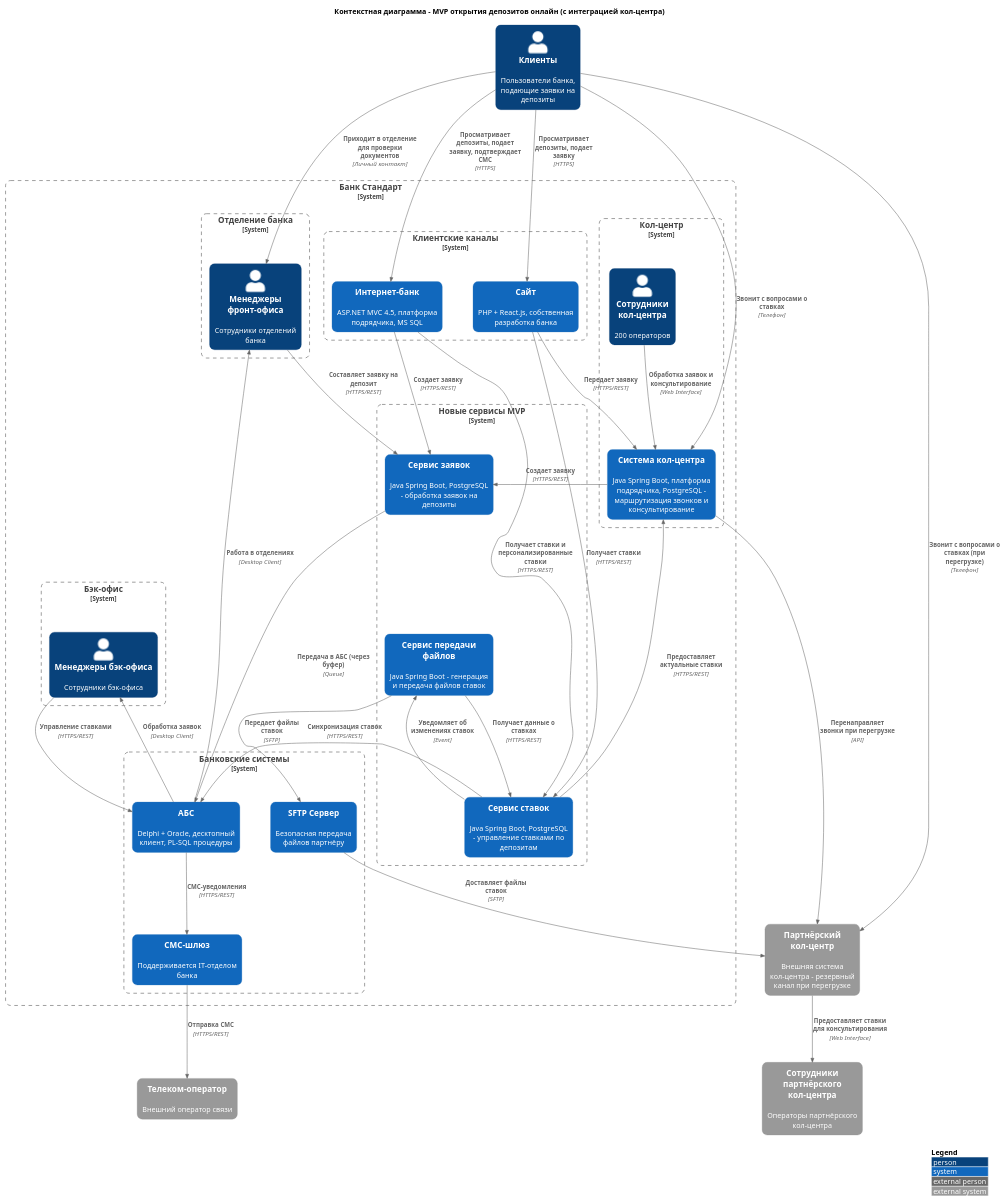
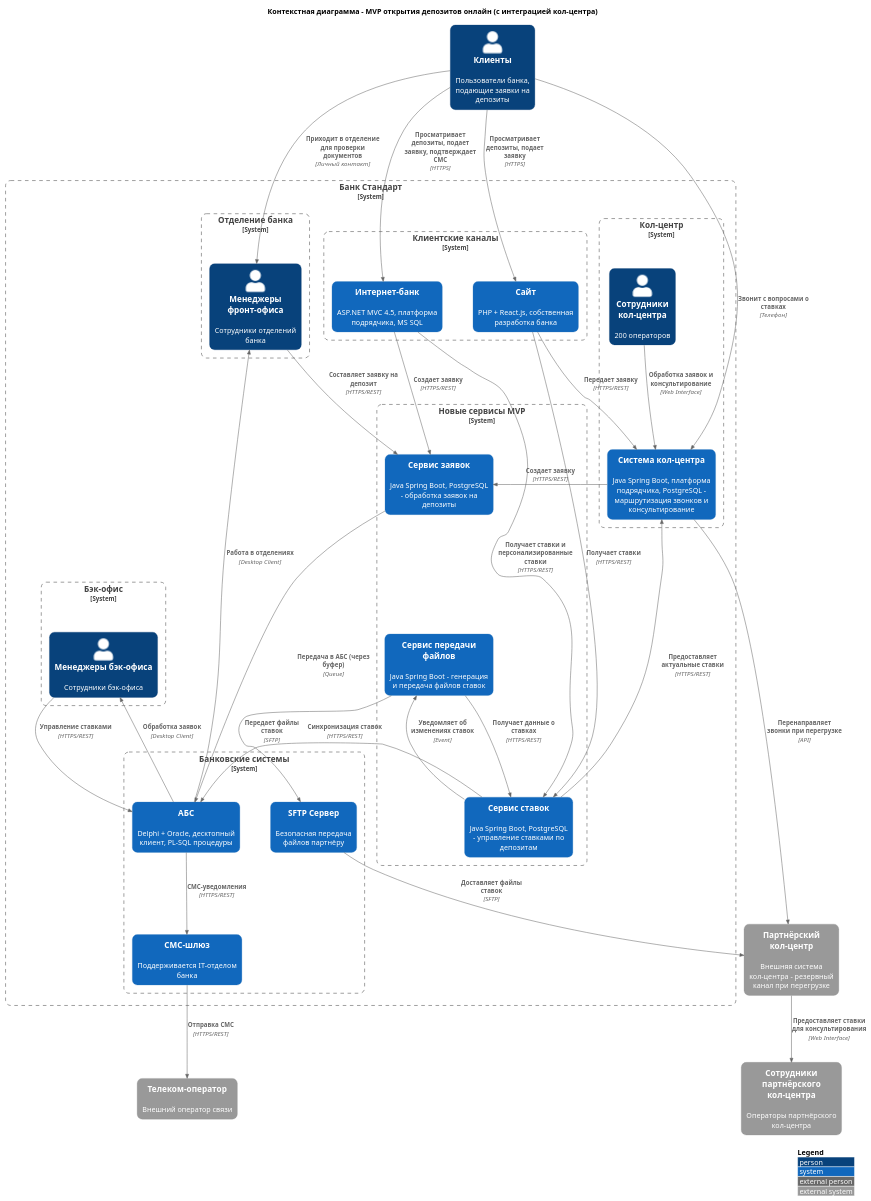
The diagram in Task4/C4_Context_Diagram_кол_центр.puml (ai-rogachev/architecture-standart), drawn with PlantUML before and after one commit. The commit also changed 1 other file, not shown here.

Commit message:
Task 4: fix diagrams

```diff
--- a/Task4/C4_Context_Diagram_кол_центр.puml
+++ b/Task4/C4_Context_Diagram_кол_центр.puml
@@ -1,101 +1,99 @@
 @startuml C4_Context
 !include https://raw.githubusercontent.com/plantuml-stdlib/C4-PlantUML/master/C4_Context.puml
 
 LAYOUT_WITH_LEGEND()
 
 title Контекстная диаграмма - MVP открытия депозитов онлайн (с интеграцией кол-центра)
 ' Layout improvements
 skinparam componentStyle rectangle
 skinparam roundcorner 20
 skinparam nodesep 60
 skinparam ranksep 80
-' skinparam linetype ortho
 
 Person(clients, "Клиенты", "Пользователи банка, подающие заявки на депозиты")
 
 System_Boundary(bank, "Банк Стандарт") {
     System_Boundary(client_channels, "Клиентские каналы") {
         System(internet_bank, "Интернет-банк", "ASP.NET MVC 4.5, платформа подрядчика, MS SQL")
         System(site, "Сайт", "PHP + React.js, собственная разработка банка")
     }
 
     System_Boundary(new_services, "Новые сервисы MVP") {
         System(application_service, "Сервис заявок", "Java Spring Boot, PostgreSQL - обработка заявок на депозиты")
         System(rate_service, "Сервис ставок", "Java Spring Boot, PostgreSQL - управление ставками по депозитам")
         System(file_transfer_service, "Сервис передачи файлов", "Java Spring Boot - генерация и передача файлов ставок")
     }
 
     System_Boundary(banking_systems, "Банковские системы") {
         System(sms_gateway, "СМС-шлюз", "Поддерживается IT-отделом банка")
         System(abs, "АБС", "Delphi + Oracle, десктопный клиент, PL-SQL процедуры")
         System(sftp_server, "SFTP Сервер", "Безопасная передача файлов партнёру")
     }
 
     System_Boundary(office, "Отделение банка") {
         Person(front_office_managers, "Менеджеры фронт-офиса", "Сотрудники отделений банка")
     }
     
     System_Boundary(back_office, "Бэк-офис") {
         Person(back_office_managers, "Менеджеры бэк-офиса", "Сотрудники бэк-офиса")
     }
 
     System_Boundary(call_center, "Кол-центр") {
         Person(cc_operators, "Сотрудники кол-центра", "200 операторов")
         System(cc_system, "Система кол-центра", "Java Spring Boot, платформа подрядчика, PostgreSQL - маршрутизация звонков и консультирование")
     }
 }
 
 System_Ext(telecom_operator, "Телеком-оператор", "Внешний оператор связи")
 System_Ext(partner_cc, "Партнёрский кол-центр", "Внешняя система кол-центра - резервный канал при перегрузке")
 System_Ext(partner_cc_operators, "Сотрудники партнёрского кол-центра", "Операторы партнёрского кол-центра")
 
 ' === РАСПОЛОЖЕНИЕ ОБЪЕКТОВ ===
 Lay_R(clients, site)
 Lay_R(site, internet_bank)
 Lay_D(rate_service, application_service)
 Lay_D(application_service, file_transfer_service)
 Lay_R(cc_system, partner_cc)
 
 ' === КЛИЕНТСКИЕ ВЗАИМОДЕЙСТВИЯ ===
 Rel(clients, site, "Просматривает депозиты, подает заявку", "HTTPS")
 Rel(clients, internet_bank, "Просматривает депозиты, подает заявку, подтверждает СМС", "HTTPS")
 Rel(clients, front_office_managers, "Приходит в отделение для проверки документов", "Личный контакт")
 Rel(clients, cc_system, "Звонит с вопросами о ставках", "Телефон")
-Rel(clients, partner_cc, "Звонит с вопросами о ставках (при перегрузке)", "Телефон")
 
 ' === ИНТЕГРАЦИИ КЛИЕНТСКИХ КАНАЛОВ ===
 Rel(site, rate_service, "Получает ставки", "HTTPS/REST")
 Rel(site, cc_system, "Передает заявку", "HTTPS/REST")
 Rel(internet_bank, rate_service, "Получает ставки и персонализированные ставки", "HTTPS/REST")
 Rel(internet_bank, application_service, "Создает заявку", "HTTPS/REST")
 
 ' === ИНТЕГРАЦИИ СИСТЕМЫ СТАВОК ===
 Rel(back_office_managers, abs, "Управление ставками", "HTTPS/REST")
 Rel(rate_service, abs, "Синхронизация ставок", "HTTPS/REST")
 Rel(rate_service, cc_system, "Предоставляет актуальные ставки", "HTTPS/REST")
 Rel(rate_service, file_transfer_service, "Уведомляет об изменениях ставок", "Event")
 
 ' === ИНТЕГРАЦИИ СИСТЕМЫ ЗАЯВОК ===
 Rel(application_service, abs, "Передача в АБС (через буфер)", "Queue")
 Rel(cc_system, application_service, "Создает заявку", "HTTPS/REST")
 Rel(front_office_managers, application_service, "Составляет заявку на депозит", "HTTPS/REST")
 
 ' === ИНТЕГРАЦИИ КОЛ-ЦЕНТРА ===
 Rel(cc_operators, cc_system, "Обработка заявок и консультирование", "Web Interface")
 Rel(cc_system, partner_cc, "Перенаправляет звонки при перегрузке", "API")
 Rel(partner_cc, partner_cc_operators, "Предоставляет ставки для консультирования", "Web Interface")
 
 ' === ИНТЕГРАЦИИ ПЕРЕДАЧИ ФАЙЛОВ ===
 Rel(file_transfer_service, rate_service, "Получает данные о ставках", "HTTPS/REST")
 Rel(file_transfer_service, sftp_server, "Передает файлы ставок", "SFTP")
 Rel(sftp_server, partner_cc, "Доставляет файлы ставок", "SFTP")
 
 ' === ИНТЕГРАЦИИ АБС ===
 Rel(abs, back_office_managers, "Обработка заявок", "Desktop Client")
 Rel(abs, front_office_managers, "Работа в отделениях", "Desktop Client")
 Rel(abs, sms_gateway, "СМС-уведомления", "HTTPS/REST")
 
 ' === ВНЕШНИЕ ИНТЕГРАЦИИ ===
 Rel(sms_gateway, telecom_operator, "Отправка СМС", "HTTPS/REST")
 
 @enduml
```
